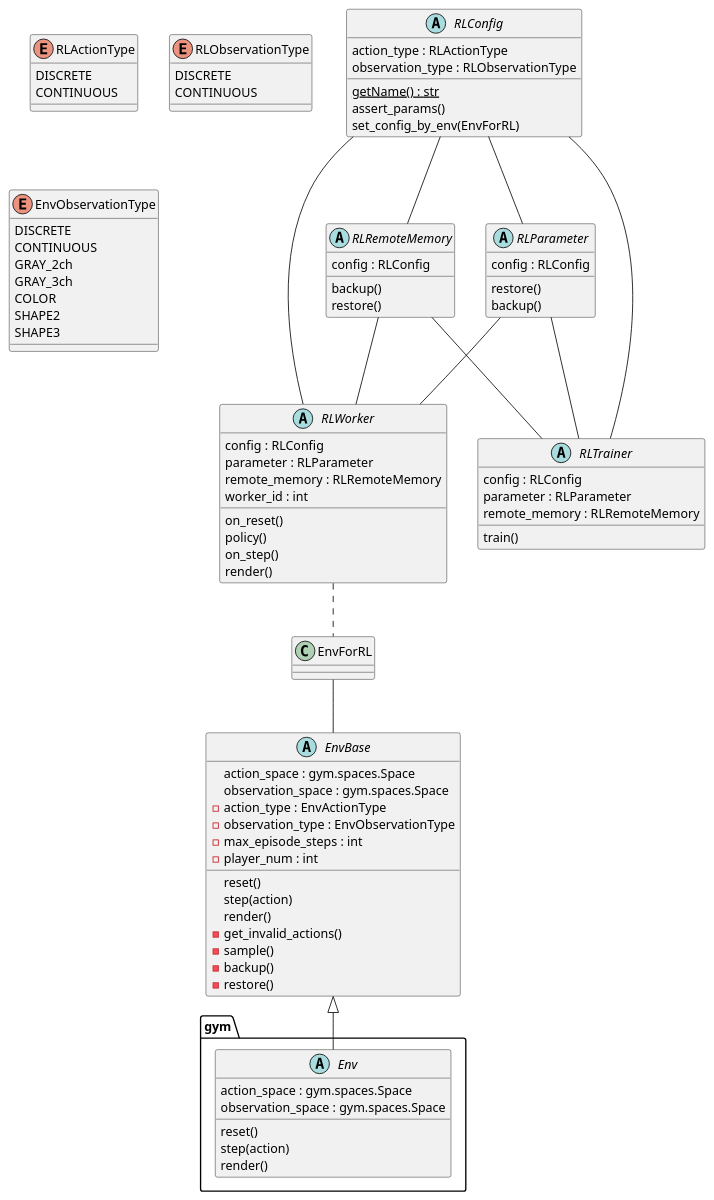
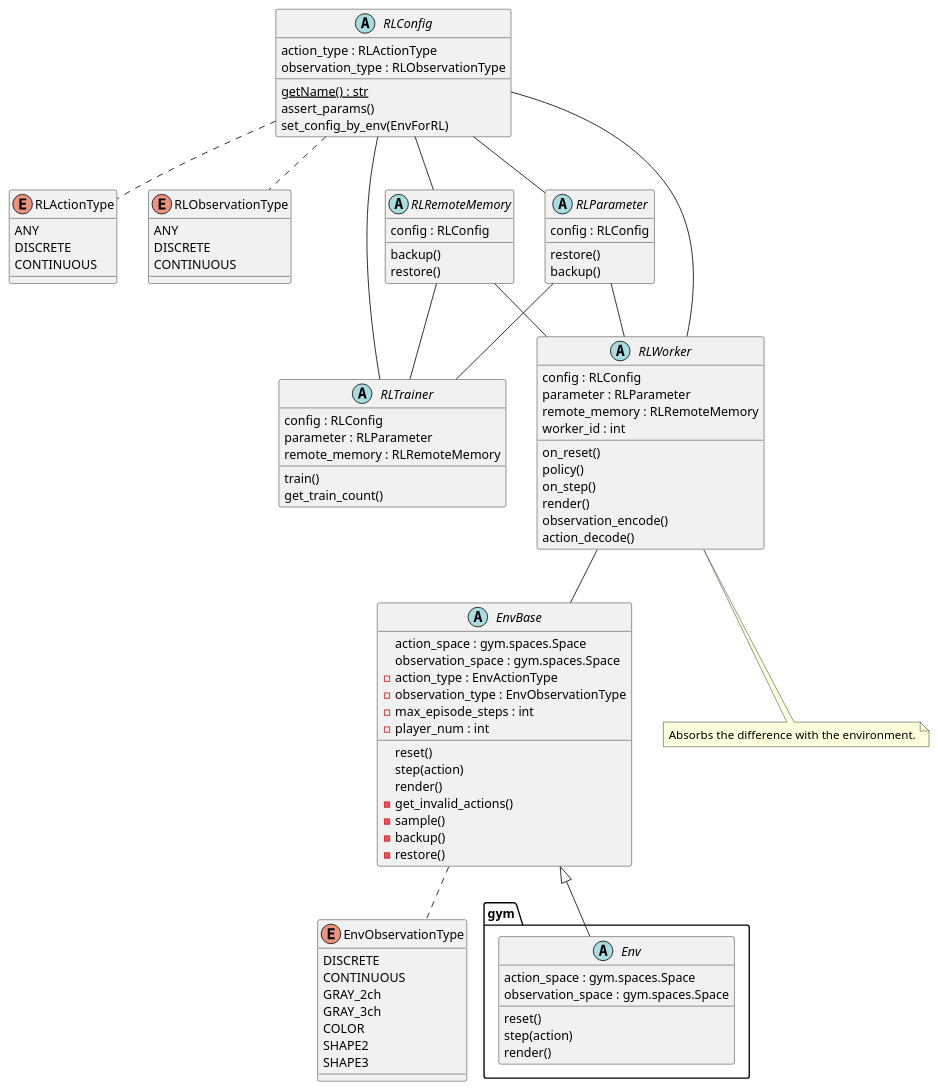
The diagram in diagrams/class.pu (pocokhc/simple_distributed_rl), drawn with PlantUML before and after one commit. The commit also changed 113 other files, not shown here.

```diff
--- a/diagrams/class.pu
+++ b/diagrams/class.pu
@@ -1,103 +1,114 @@
-@startuml
+@startuml class
 
 abstract gym.Env {
     action_space : gym.spaces.Space
     observation_space : gym.spaces.Space
     reset()
     step(action)
     render()
 }
 
+
 enum RLActionType {
+    ANY
     DISCRETE
     CONTINUOUS
 }
 
 enum RLObservationType {
+    ANY
     DISCRETE
     CONTINUOUS
 }
 
 enum EnvObservationType {
     DISCRETE
     CONTINUOUS
     GRAY_2ch
     GRAY_3ch
     COLOR
     SHAPE2
     SHAPE3
 }
 
 abstract EnvBase {
     action_space : gym.spaces.Space
     observation_space : gym.spaces.Space
     reset()
     step(action)
     render()
     - action_type : EnvActionType
     - observation_type : EnvObservationType
     - max_episode_steps : int
     - player_num : int
     - get_invalid_actions()
     - sample()
     - backup()
     - restore()
 } 
 
-class EnvForRL
-
 
 abstract RLConfig {
     {static} getName() : str
     action_type : RLActionType
     observation_type : RLObservationType
     assert_params()
     set_config_by_env(EnvForRL)
 }
 
 abstract RLRemoteMemory {
     config : RLConfig
     backup()
     restore()
 }
 
 abstract RLParameter {
     config : RLConfig
     restore()
     backup()
 }
 
 abstract RLTrainer {
     config : RLConfig
     parameter : RLParameter
     remote_memory : RLRemoteMemory
     train()
+    get_train_count()
 }
 
 abstract RLWorker {
     config : RLConfig
     parameter : RLParameter
     remote_memory : RLRemoteMemory
     worker_id : int
     on_reset()
     policy()
     on_step()
     render()
+    observation_encode()
+    action_decode()
 }
 
+RLConfig .. RLActionType
+RLConfig .. RLObservationType
 
-EnvBase <|-- gym.Env 
-EnvForRL -- EnvBase
+
+EnvBase <|-- gym.Env
+EnvBase .. EnvObservationType
+
+RLWorker -- EnvBase
+
+note "Absorbs the difference with the environment." as RLWorkerMemo
+RLWorker .. RLWorkerMemo
 
 RLConfig -- RLWorker
 RLConfig -- RLTrainer
 RLConfig -- RLParameter
 RLConfig -- RLRemoteMemory
 RLParameter -- RLWorker
 RLParameter -- RLTrainer
 RLRemoteMemory -- RLWorker
 RLRemoteMemory -- RLTrainer
 
-RLWorker .. EnvForRL
 
 @enduml
```
